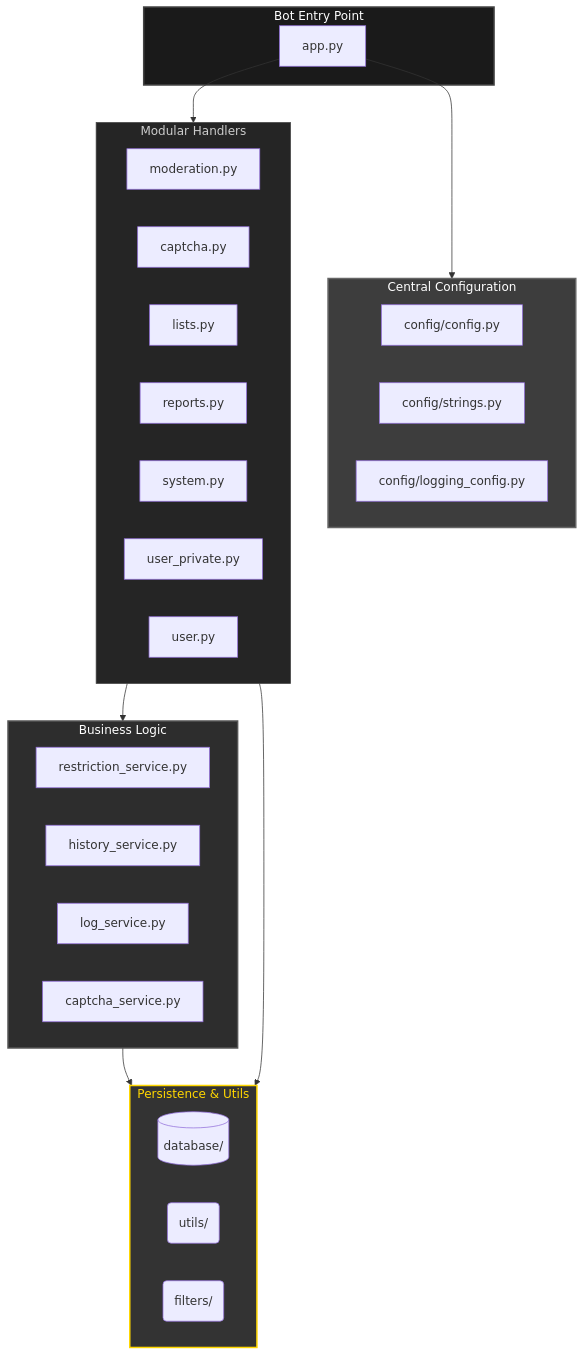
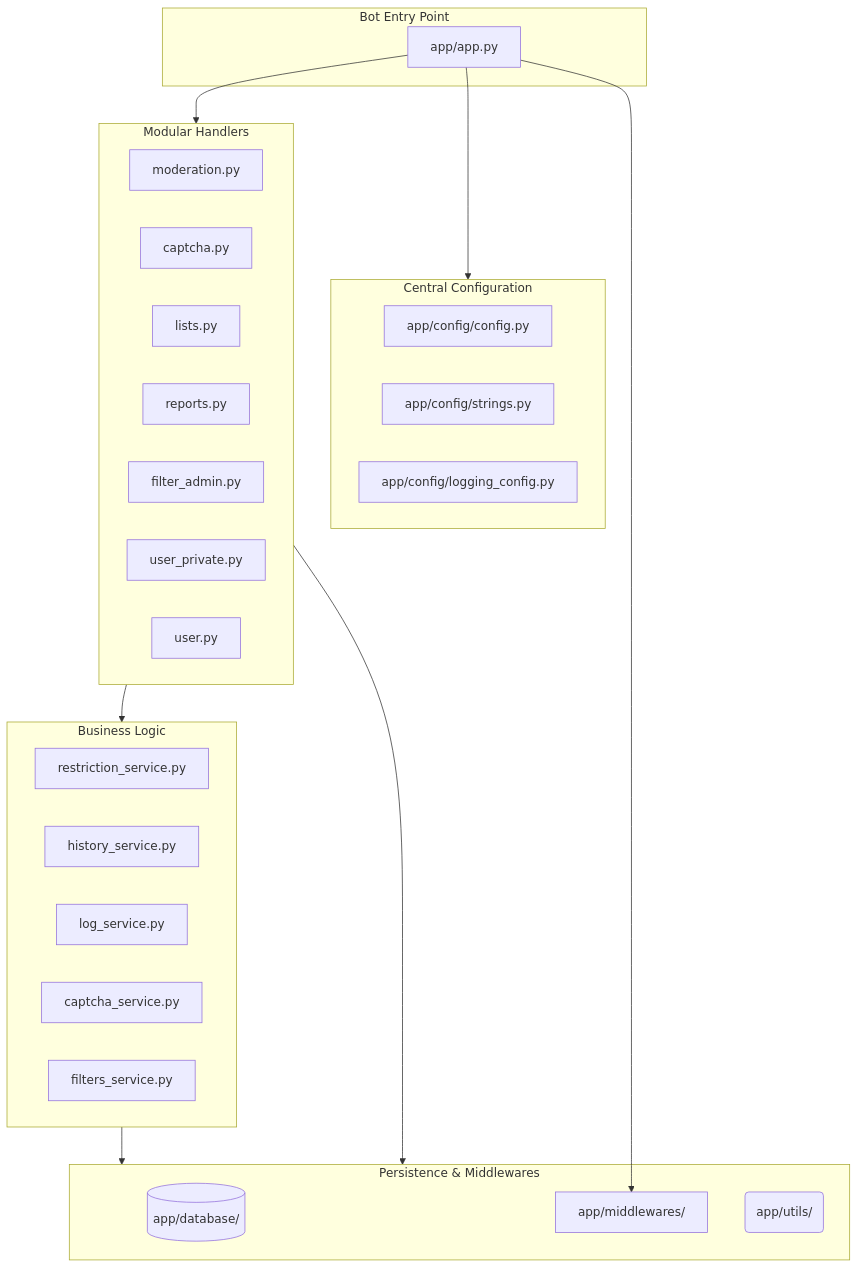
Before and after one commit to kapusta123b/Telegram-Moderation-Bot: the diagram in README.md, drawn with Mermaid. The commit also changed other lines of this file and 34 other files, not shown here.

````diff
--- a/README.md
+++ b/README.md
@@ -90,48 +48,43 @@
 ```mermaid
 graph TD
     subgraph Core[Bot Entry Point]
-        A[app.py]
+        A[app/app.py]
     end
 
     subgraph Config[Central Configuration]
-        CFG[config/config.py]
-        STR[config/strings.py]
-        LOG_CFG[config/logging_config.py]
+        CFG[app/config/config.py]
+        STR[app/config/strings.py]
+        LOG_CFG[app/config/logging_config.py]
     end
 
     subgraph Handlers[Modular Handlers]
         H_MOD[moderation.py]
         H_CAP[captcha.py]
         H_LST[lists.py]
         H_REP[reports.py]
-        H_SYS[system.py]
+        H_FADMIN[filter_admin.py]
         H_PRIV[user_private.py]
         H_USR[user.py]
     end
 
     subgraph Services[Business Logic]
         S_REST[restriction_service.py]
         S_HIST[history_service.py]
         S_LOG[log_service.py]
         S_CAP[captcha_service.py]
+        S_FILT[filters_service.py]
     end
 
-    subgraph Data[Persistence & Utils]
-        DB[(database/)]
-        UTL(utils/)
-        FLT(filters/)
+    subgraph Data[Persistence & Middlewares]
+        DB[(app/database/)]
+        MID[app/middlewares/]
+        UTL(app/utils/)
     end
 
     A --> Config
     A --> Handlers
     Handlers --> Services
     Services --> Data
     Handlers --> Data
-    
-    %% Styling
-    style Core fill:#1a1a1a,stroke:#444,stroke-width:2px,color:#fff
-    style Config fill:#3d3d3d,stroke:#666,stroke-width:2px,color:#fff
-    style Handlers fill:#252525,stroke:#444,stroke-width:1px,color:#ccc
-    style Services fill:#2d2d2d,stroke:#555,stroke-width:2px,color:#fff
-    style Data fill:#333,stroke:#ffd700,stroke-width:2px,color:#ffd700
+    A --> MID
 ```
````
